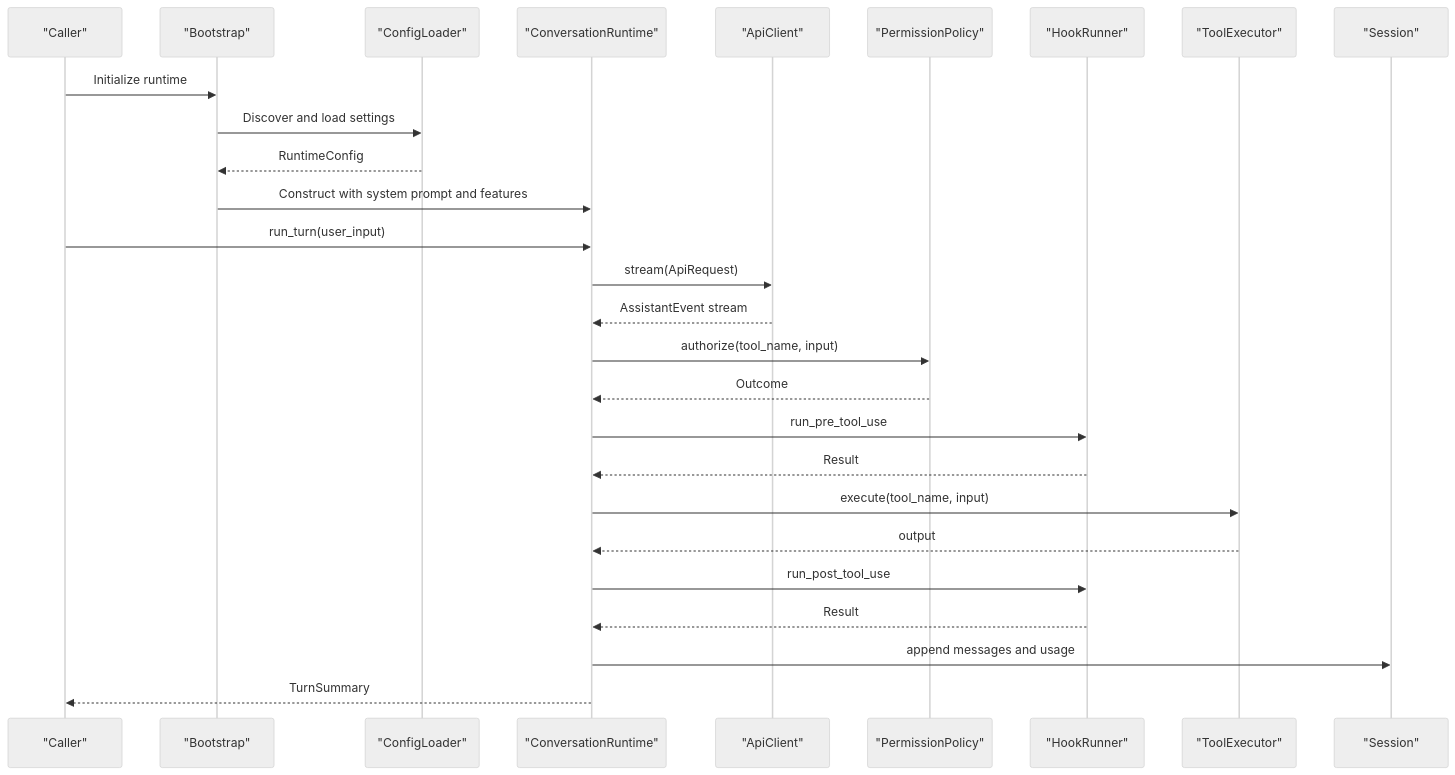
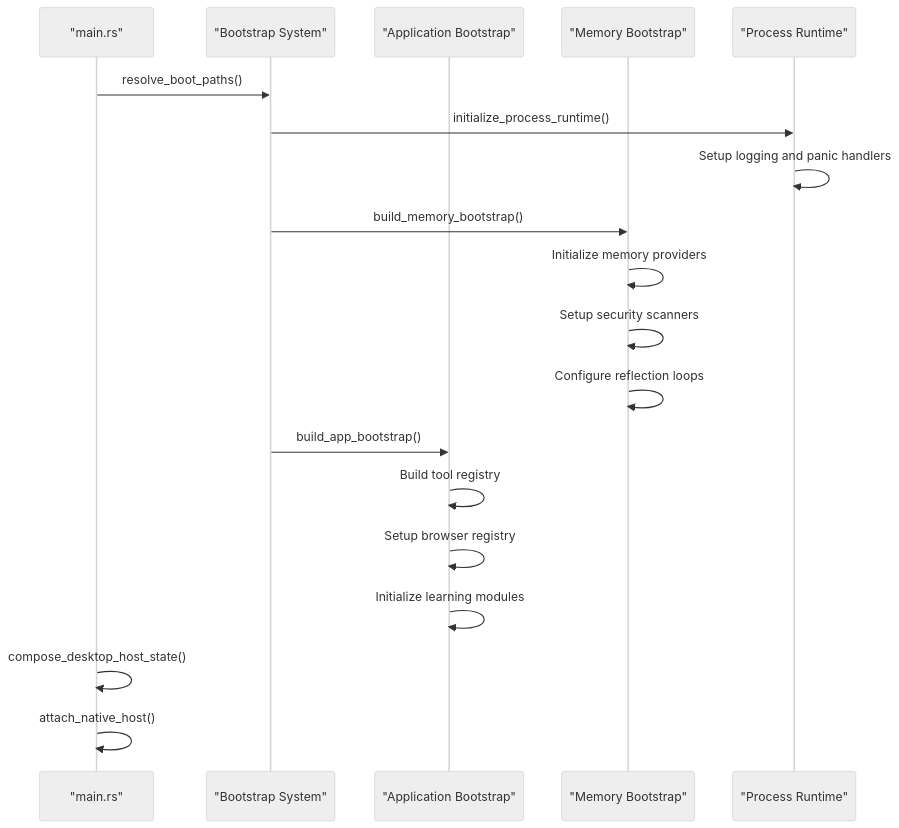
One commit to novolei/if2Ai changed the second of 10 diagrams in .qoder/repowiki/en/content/Backend System (Rust)/Module Architecture & Design/Runtime Services/Runtime Services.md. Above: the diagram before and after it, drawn with Mermaid (neutral theme). The commit also changed other lines of this file and 124 other files, not shown here.

````diff
--- a/.qoder/repowiki/en/content/Backend System (Rust)/Module Architecture & Design/Runtime Services/Runtime Services.md
+++ b/.qoder/repowiki/en/content/Backend System (Rust)/Module Architecture & Design/Runtime Services/Runtime Services.md
@@ -120,29 +123,21 @@
 ```mermaid
 sequenceDiagram
-participant App as "Caller"
-participant Boot as "Bootstrap"
-participant Cfg as "ConfigLoader"
-participant Conv as "ConversationRuntime"
-participant Api as "ApiClient"
-participant Perm as "PermissionPolicy"
-participant Hook as "HookRunner"
-participant Tool as "ToolExecutor"
-participant Store as "Session"
-App->>Boot : Initialize runtime
-Boot->>Cfg : Discover and load settings
-Cfg-->>Boot : RuntimeConfig
-Boot->>Conv : Construct with system prompt and features
-App->>Conv : run_turn(user_input)
-Conv->>Api : stream(ApiRequest)
-Api-->>Conv : AssistantEvent stream
-Conv->>Perm : authorize(tool_name, input)
-Perm-->>Conv : Outcome
-Conv->>Hook : run_pre_tool_use
-Hook-->>Conv : Result
-Conv->>Tool : execute(tool_name, input)
-Tool-->>Conv : output
-Conv->>Hook : run_post_tool_use
-Hook-->>Conv : Result
-Conv->>Store : append messages and usage
-Conv-->>App : TurnSummary
+participant Main as "main.rs"
+participant Boot as "Bootstrap System"
+participant App as "Application Bootstrap"
+participant Memory as "Memory Bootstrap"
+participant Runtime as "Process Runtime"
+Main->>Boot : resolve_boot_paths()
+Boot->>Runtime : initialize_process_runtime()
+Runtime->>Runtime : Setup logging and panic handlers
+Boot->>Memory : build_memory_bootstrap()
+Memory->>Memory : Initialize memory providers
+Memory->>Memory : Setup security scanners
+Memory->>Memory : Configure reflection loops
+Boot->>App : build_app_bootstrap()
+App->>App : Build tool registry
+App->>App : Setup browser registry
+App->>App : Initialize learning modules
+Main->>Main : compose_desktop_host_state()
+Main->>Main : attach_native_host()
 ```
````
